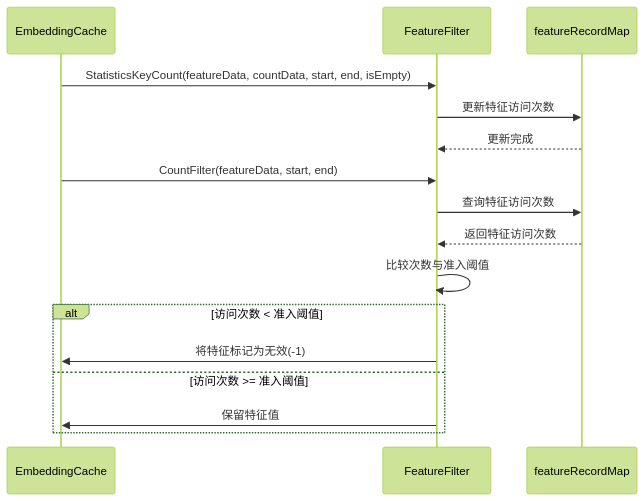
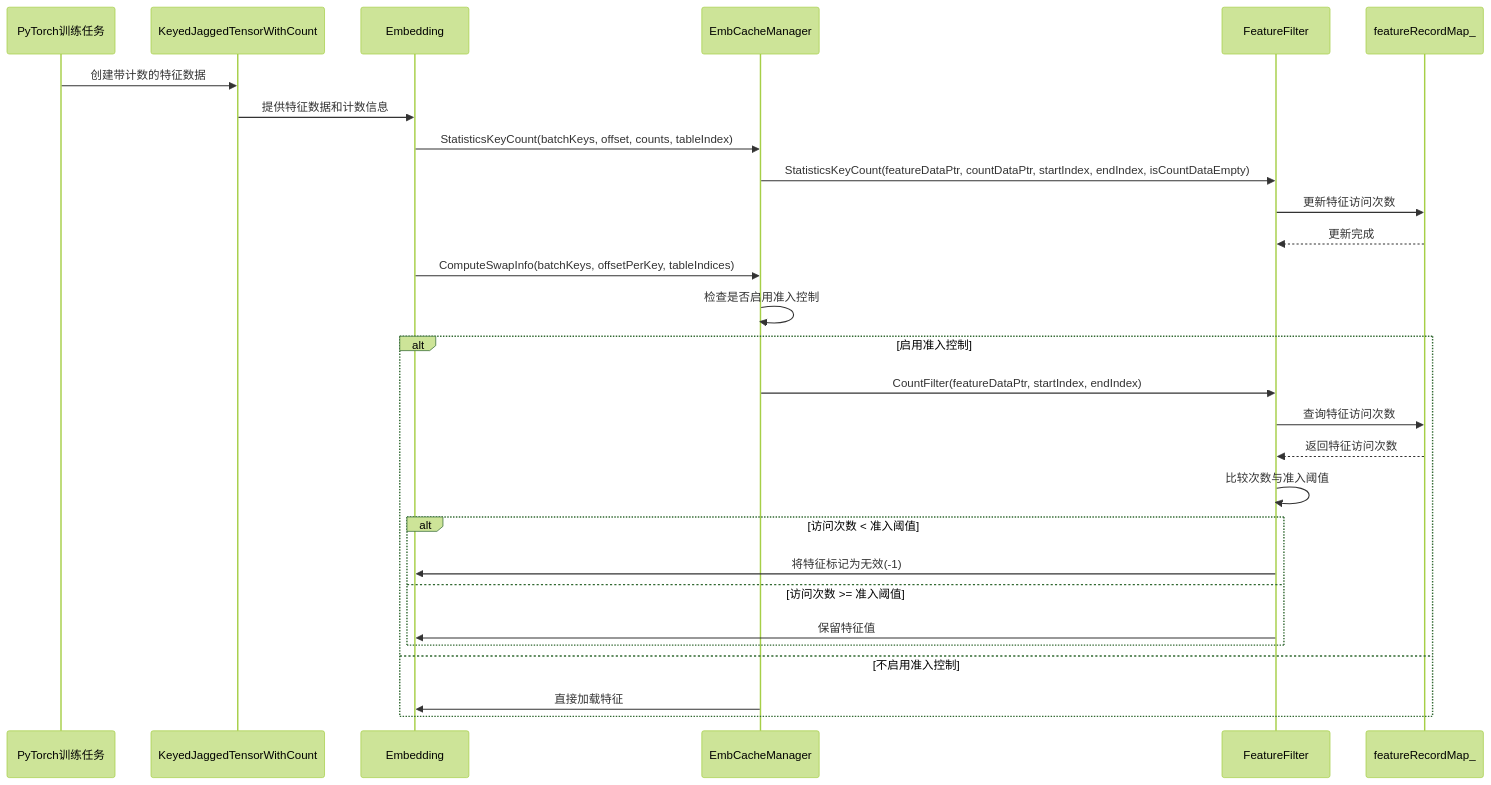
The third of 6 diagrams in feature_filter_complete_design.md (SimmerChan/RecSDK), drawn with Mermaid (forest theme) before and after one commit. The commit also changed other lines of this file, not shown here.

````diff
--- a/feature_filter_complete_design.md
+++ b/feature_filter_complete_design.md
@@ -187,19 +251,32 @@
 ```mermaid
 sequenceDiagram
-    participant EC as EmbeddingCache
+    participant Train as PyTorch训练任务
+    participant KJT as KeyedJaggedTensorWithCount
+    participant E as Embedding
+    participant EM as EmbCacheManager
     participant FF as FeatureFilter
-    participant FRM as featureRecordMap
+    participant FRM as featureRecordMap_
     
-    EC->>FF: StatisticsKeyCount(featureData, countData, start, end, isEmpty)
+    Train->>KJT: 创建带计数的特征数据
+    KJT->>E: 提供特征数据和计数信息
+    E->>EM: StatisticsKeyCount(batchKeys, offset, counts, tableIndex)
+    EM->>FF: StatisticsKeyCount(featureDataPtr, countDataPtr, startIndex, endIndex, isCountDataEmpty)
     FF->>FRM: 更新特征访问次数
     FRM-->>FF: 更新完成
-    EC->>FF: CountFilter(featureData, start, end)
-    FF->>FRM: 查询特征访问次数
-    FRM-->>FF: 返回特征访问次数
-    FF->>FF: 比较次数与准入阈值
-    alt 访问次数 < 准入阈值
-        FF->>EC: 将特征标记为无效(-1)
-    else 访问次数 >= 准入阈值
-        FF->>EC: 保留特征值
+    
+    E->>EM: ComputeSwapInfo(batchKeys, offsetPerKey, tableIndices)
+    EM->>EM: 检查是否启用准入控制
+    alt 启用准入控制
+        EM->>FF: CountFilter(featureDataPtr, startIndex, endIndex)
+        FF->>FRM: 查询特征访问次数
+        FRM-->>FF: 返回特征访问次数
+        FF->>FF: 比较次数与准入阈值
+        alt 访问次数 < 准入阈值
+            FF->>E: 将特征标记为无效(-1)
+        else 访问次数 >= 准入阈值
+            FF->>E: 保留特征值
+        end
+    else 不启用准入控制
+        EM->>E: 直接加载特征
     end
 ```
````
